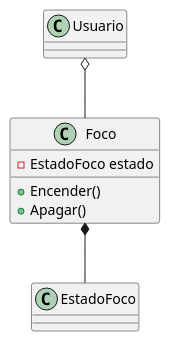
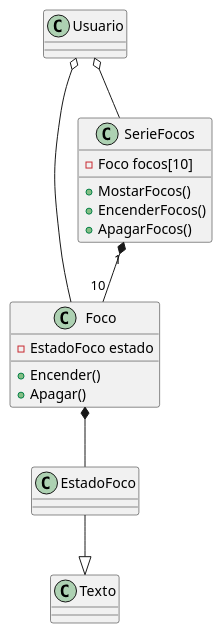
Before and after one commit to EOBM666/3F261-Segundo-parcial: the diagram in docs/foco.puml, drawn with PlantUML. The commit also changed 5 other files, not shown here.

```diff
--- a/docs/foco.puml
+++ b/docs/foco.puml
@@ -1,17 +1,25 @@
 @startuml foco
 
 class Usuario
 
 class Foco{
     - EstadoFoco estado
     + Encender()
     + Apagar()
 
 }
 
 class EstadoFoco
+class SerieFocos{
+    - Foco focos[10]
+    + MostarFocos()
+    + EncenderFocos()
+    + ApagarFocos()
+}
 
 Usuario o-- Foco
 Foco *-- EstadoFoco
-
+EstadoFoco --|> Texto
+SerieFocos "1" *-- "10" Foco
+Usuario o-- SerieFocos
 @enduml
```
